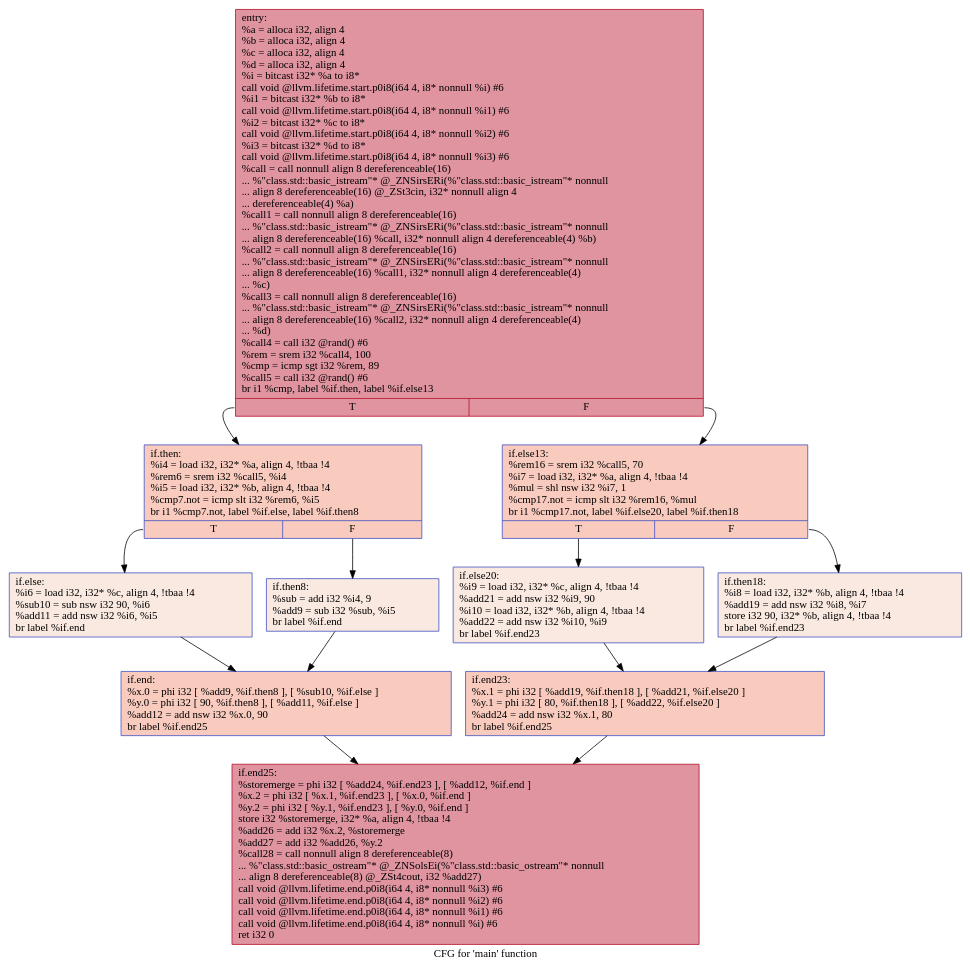
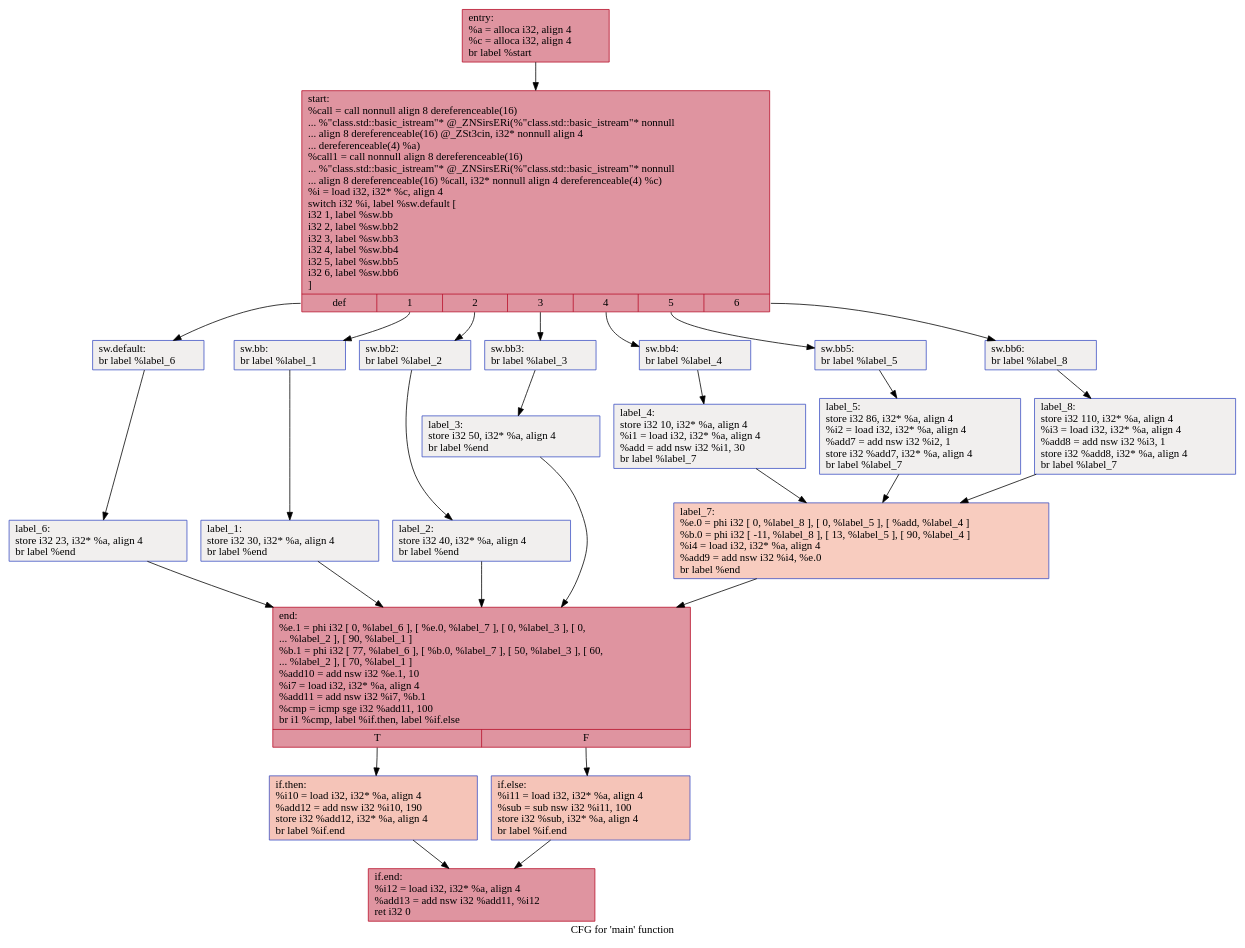
One commit to HPSSA-LLVM/HPSSA-LLVM changed the diagram in IR/cfg/baseline.dot. Above: the diagram before and after it, drawn with Graphviz. The commit also changed 13 other files, not shown here.

```diff
--- a/IR/cfg/baseline.dot
+++ b/IR/cfg/baseline.dot
@@ -1,26 +1,52 @@
 digraph "CFG for 'main' function" {
 	label="CFG for 'main' function";
 
-	Node0x55db42bc3740 [shape=record,color="#b70d28ff", style=filled, fillcolor="#b70d2870",label="{entry:\l  %a = alloca i32, align 4\l  %b = alloca i32, align 4\l  %c = alloca i32, align 4\l  %d = alloca i32, align 4\l  %i = bitcast i32* %a to i8*\l  call void @llvm.lifetime.start.p0i8(i64 4, i8* nonnull %i) #6\l  %i1 = bitcast i32* %b to i8*\l  call void @llvm.lifetime.start.p0i8(i64 4, i8* nonnull %i1) #6\l  %i2 = bitcast i32* %c to i8*\l  call void @llvm.lifetime.start.p0i8(i64 4, i8* nonnull %i2) #6\l  %i3 = bitcast i32* %d to i8*\l  call void @llvm.lifetime.start.p0i8(i64 4, i8* nonnull %i3) #6\l  %call = call nonnull align 8 dereferenceable(16)\l... %\"class.std::basic_istream\"* @_ZNSirsERi(%\"class.std::basic_istream\"* nonnull\l... align 8 dereferenceable(16) @_ZSt3cin, i32* nonnull align 4\l... dereferenceable(4) %a)\l  %call1 = call nonnull align 8 dereferenceable(16)\l... %\"class.std::basic_istream\"* @_ZNSirsERi(%\"class.std::basic_istream\"* nonnull\l... align 8 dereferenceable(16) %call, i32* nonnull align 4 dereferenceable(4) %b)\l  %call2 = call nonnull align 8 dereferenceable(16)\l... %\"class.std::basic_istream\"* @_ZNSirsERi(%\"class.std::basic_istream\"* nonnull\l... align 8 dereferenceable(16) %call1, i32* nonnull align 4 dereferenceable(4)\l... %c)\l  %call3 = call nonnull align 8 dereferenceable(16)\l... %\"class.std::basic_istream\"* @_ZNSirsERi(%\"class.std::basic_istream\"* nonnull\l... align 8 dereferenceable(16) %call2, i32* nonnull align 4 dereferenceable(4)\l... %d)\l  %call4 = call i32 @rand() #6\l  %rem = srem i32 %call4, 100\l  %cmp = icmp sgt i32 %rem, 89\l  %call5 = call i32 @rand() #6\l  br i1 %cmp, label %if.then, label %if.else13\l|{<s0>T|<s1>F}}"];
-	Node0x55db42bc3740:s0 -> Node0x55db42bc4fd0;
-	Node0x55db42bc3740:s1 -> Node0x55db42bc50a0;
-	Node0x55db42bc4fd0 [shape=record,color="#3d50c3ff", style=filled, fillcolor="#ef886b70",label="{if.then:                                          \l  %i4 = load i32, i32* %a, align 4, !tbaa !4\l  %rem6 = srem i32 %call5, %i4\l  %i5 = load i32, i32* %b, align 4, !tbaa !4\l  %cmp7.not = icmp slt i32 %rem6, %i5\l  br i1 %cmp7.not, label %if.else, label %if.then8\l|{<s0>T|<s1>F}}"];
-	Node0x55db42bc4fd0:s0 -> Node0x55db42bc6610;
-	Node0x55db42bc4fd0:s1 -> Node0x55db42bc6680;
-	Node0x55db42bc6680 [shape=record,color="#3d50c3ff", style=filled, fillcolor="#f1ccb870",label="{if.then8:                                         \l  %sub = add i32 %i4, 9\l  %add9 = sub i32 %sub, %i5\l  br label %if.end\l}"];
-	Node0x55db42bc6680 -> Node0x55db42bc6cc0;
-	Node0x55db42bc6610 [shape=record,color="#3d50c3ff", style=filled, fillcolor="#f1ccb870",label="{if.else:                                          \l  %i6 = load i32, i32* %c, align 4, !tbaa !4\l  %sub10 = sub nsw i32 90, %i6\l  %add11 = add nsw i32 %i6, %i5\l  br label %if.end\l}"];
-	Node0x55db42bc6610 -> Node0x55db42bc6cc0;
-	Node0x55db42bc6cc0 [shape=record,color="#3d50c3ff", style=filled, fillcolor="#ef886b70",label="{if.end:                                           \l  %x.0 = phi i32 [ %add9, %if.then8 ], [ %sub10, %if.else ]\l  %y.0 = phi i32 [ 90, %if.then8 ], [ %add11, %if.else ]\l  %add12 = add nsw i32 %x.0, 90\l  br label %if.end25\l}"];
-	Node0x55db42bc6cc0 -> Node0x55db42bc71c0;
-	Node0x55db42bc50a0 [shape=record,color="#3d50c3ff", style=filled, fillcolor="#ef886b70",label="{if.else13:                                        \l  %rem16 = srem i32 %call5, 70\l  %i7 = load i32, i32* %a, align 4, !tbaa !4\l  %mul = shl nsw i32 %i7, 1\l  %cmp17.not = icmp slt i32 %rem16, %mul\l  br i1 %cmp17.not, label %if.else20, label %if.then18\l|{<s0>T|<s1>F}}"];
-	Node0x55db42bc50a0:s0 -> Node0x55db42bc7e00;
-	Node0x55db42bc50a0:s1 -> Node0x55db42bc7e80;
-	Node0x55db42bc7e80 [shape=record,color="#3d50c3ff", style=filled, fillcolor="#f1ccb870",label="{if.then18:                                        \l  %i8 = load i32, i32* %b, align 4, !tbaa !4\l  %add19 = add nsw i32 %i8, %i7\l  store i32 90, i32* %b, align 4, !tbaa !4\l  br label %if.end23\l}"];
-	Node0x55db42bc7e80 -> Node0x55db42bc81e0;
-	Node0x55db42bc7e00 [shape=record,color="#3d50c3ff", style=filled, fillcolor="#f1ccb870",label="{if.else20:                                        \l  %i9 = load i32, i32* %c, align 4, !tbaa !4\l  %add21 = add nsw i32 %i9, 90\l  %i10 = load i32, i32* %b, align 4, !tbaa !4\l  %add22 = add nsw i32 %i10, %i9\l  br label %if.end23\l}"];
-	Node0x55db42bc7e00 -> Node0x55db42bc81e0;
-	Node0x55db42bc81e0 [shape=record,color="#3d50c3ff", style=filled, fillcolor="#ef886b70",label="{if.end23:                                         \l  %x.1 = phi i32 [ %add19, %if.then18 ], [ %add21, %if.else20 ]\l  %y.1 = phi i32 [ 80, %if.then18 ], [ %add22, %if.else20 ]\l  %add24 = add nsw i32 %x.1, 80\l  br label %if.end25\l}"];
-	Node0x55db42bc81e0 -> Node0x55db42bc71c0;
-	Node0x55db42bc71c0 [shape=record,color="#b70d28ff", style=filled, fillcolor="#b70d2870",label="{if.end25:                                         \l  %storemerge = phi i32 [ %add24, %if.end23 ], [ %add12, %if.end ]\l  %x.2 = phi i32 [ %x.1, %if.end23 ], [ %x.0, %if.end ]\l  %y.2 = phi i32 [ %y.1, %if.end23 ], [ %y.0, %if.end ]\l  store i32 %storemerge, i32* %a, align 4, !tbaa !4\l  %add26 = add i32 %x.2, %storemerge\l  %add27 = add i32 %add26, %y.2\l  %call28 = call nonnull align 8 dereferenceable(8)\l... %\"class.std::basic_ostream\"* @_ZNSolsEi(%\"class.std::basic_ostream\"* nonnull\l... align 8 dereferenceable(8) @_ZSt4cout, i32 %add27)\l  call void @llvm.lifetime.end.p0i8(i64 4, i8* nonnull %i3) #6\l  call void @llvm.lifetime.end.p0i8(i64 4, i8* nonnull %i2) #6\l  call void @llvm.lifetime.end.p0i8(i64 4, i8* nonnull %i1) #6\l  call void @llvm.lifetime.end.p0i8(i64 4, i8* nonnull %i) #6\l  ret i32 0\l}"];
+	Node0x55fc3b06a4e0 [shape=record,color="#b70d28ff", style=filled, fillcolor="#b70d2870",label="{entry:\l  %a = alloca i32, align 4\l  %c = alloca i32, align 4\l  br label %start\l}"];
+	Node0x55fc3b06a4e0 -> Node0x55fc3b06a730;
+	Node0x55fc3b06a730 [shape=record,color="#b70d28ff", style=filled, fillcolor="#b70d2870",label="{start:                                            \l  %call = call nonnull align 8 dereferenceable(16)\l... %\"class.std::basic_istream\"* @_ZNSirsERi(%\"class.std::basic_istream\"* nonnull\l... align 8 dereferenceable(16) @_ZSt3cin, i32* nonnull align 4\l... dereferenceable(4) %a)\l  %call1 = call nonnull align 8 dereferenceable(16)\l... %\"class.std::basic_istream\"* @_ZNSirsERi(%\"class.std::basic_istream\"* nonnull\l... align 8 dereferenceable(16) %call, i32* nonnull align 4 dereferenceable(4) %c)\l  %i = load i32, i32* %c, align 4\l  switch i32 %i, label %sw.default [\l    i32 1, label %sw.bb\l    i32 2, label %sw.bb2\l    i32 3, label %sw.bb3\l    i32 4, label %sw.bb4\l    i32 5, label %sw.bb5\l    i32 6, label %sw.bb6\l  ]\l|{<s0>def|<s1>1|<s2>2|<s3>3|<s4>4|<s5>5|<s6>6}}"];
+	Node0x55fc3b06a730:s0 -> Node0x55fc3b06abc0;
+	Node0x55fc3b06a730:s1 -> Node0x55fc3b06aca0;
+	Node0x55fc3b06a730:s2 -> Node0x55fc3b06ada0;
+	Node0x55fc3b06a730:s3 -> Node0x55fc3b06aea0;
+	Node0x55fc3b06a730:s4 -> Node0x55fc3b06afa0;
+	Node0x55fc3b06a730:s5 -> Node0x55fc3b06b0a0;
+	Node0x55fc3b06a730:s6 -> Node0x55fc3b06b340;
+	Node0x55fc3b06aca0 [shape=record,color="#3d50c3ff", style=filled, fillcolor="#e0dbd870",label="{sw.bb:                                            \l  br label %label_1\l}"];
+	Node0x55fc3b06aca0 -> Node0x55fc3b06b630;
+	Node0x55fc3b06ada0 [shape=record,color="#3d50c3ff", style=filled, fillcolor="#e0dbd870",label="{sw.bb2:                                           \l  br label %label_2\l}"];
+	Node0x55fc3b06ada0 -> Node0x55fc3b06b710;
+	Node0x55fc3b06aea0 [shape=record,color="#3d50c3ff", style=filled, fillcolor="#e0dbd870",label="{sw.bb3:                                           \l  br label %label_3\l}"];
+	Node0x55fc3b06aea0 -> Node0x55fc3b06b7f0;
+	Node0x55fc3b06afa0 [shape=record,color="#3d50c3ff", style=filled, fillcolor="#e0dbd870",label="{sw.bb4:                                           \l  br label %label_4\l}"];
+	Node0x55fc3b06afa0 -> Node0x55fc3b06b8d0;
+	Node0x55fc3b06b0a0 [shape=record,color="#3d50c3ff", style=filled, fillcolor="#e0dbd870",label="{sw.bb5:                                           \l  br label %label_5\l}"];
+	Node0x55fc3b06b0a0 -> Node0x55fc3b06b9b0;
+	Node0x55fc3b06b340 [shape=record,color="#3d50c3ff", style=filled, fillcolor="#e0dbd870",label="{sw.bb6:                                           \l  br label %label_8\l}"];
+	Node0x55fc3b06b340 -> Node0x55fc3b06ba90;
+	Node0x55fc3b06abc0 [shape=record,color="#3d50c3ff", style=filled, fillcolor="#e0dbd870",label="{sw.default:                                       \l  br label %label_6\l}"];
+	Node0x55fc3b06abc0 -> Node0x55fc3b06bb70;
+	Node0x55fc3b06b630 [shape=record,color="#3d50c3ff", style=filled, fillcolor="#e0dbd870",label="{label_1:                                          \l  store i32 30, i32* %a, align 4\l  br label %end\l}"];
+	Node0x55fc3b06b630 -> Node0x55fc3b06bd10;
+	Node0x55fc3b06b710 [shape=record,color="#3d50c3ff", style=filled, fillcolor="#e0dbd870",label="{label_2:                                          \l  store i32 40, i32* %a, align 4\l  br label %end\l}"];
+	Node0x55fc3b06b710 -> Node0x55fc3b06bd10;
+	Node0x55fc3b06b7f0 [shape=record,color="#3d50c3ff", style=filled, fillcolor="#e0dbd870",label="{label_3:                                          \l  store i32 50, i32* %a, align 4\l  br label %end\l}"];
+	Node0x55fc3b06b7f0 -> Node0x55fc3b06bd10;
+	Node0x55fc3b06b8d0 [shape=record,color="#3d50c3ff", style=filled, fillcolor="#e0dbd870",label="{label_4:                                          \l  store i32 10, i32* %a, align 4\l  %i1 = load i32, i32* %a, align 4\l  %add = add nsw i32 %i1, 30\l  br label %label_7\l}"];
+	Node0x55fc3b06b8d0 -> Node0x55fc3b06c250;
+	Node0x55fc3b06b9b0 [shape=record,color="#3d50c3ff", style=filled, fillcolor="#e0dbd870",label="{label_5:                                          \l  store i32 86, i32* %a, align 4\l  %i2 = load i32, i32* %a, align 4\l  %add7 = add nsw i32 %i2, 1\l  store i32 %add7, i32* %a, align 4\l  br label %label_7\l}"];
+	Node0x55fc3b06b9b0 -> Node0x55fc3b06c250;
+	Node0x55fc3b06ba90 [shape=record,color="#3d50c3ff", style=filled, fillcolor="#e0dbd870",label="{label_8:                                          \l  store i32 110, i32* %a, align 4\l  %i3 = load i32, i32* %a, align 4\l  %add8 = add nsw i32 %i3, 1\l  store i32 %add8, i32* %a, align 4\l  br label %label_7\l}"];
+	Node0x55fc3b06ba90 -> Node0x55fc3b06c250;
+	Node0x55fc3b06c250 [shape=record,color="#3d50c3ff", style=filled, fillcolor="#f08b6e70",label="{label_7:                                          \l  %e.0 = phi i32 [ 0, %label_8 ], [ 0, %label_5 ], [ %add, %label_4 ]\l  %b.0 = phi i32 [ -11, %label_8 ], [ 13, %label_5 ], [ 90, %label_4 ]\l  %i4 = load i32, i32* %a, align 4\l  %add9 = add nsw i32 %i4, %e.0\l  br label %end\l}"];
+	Node0x55fc3b06c250 -> Node0x55fc3b06bd10;
+	Node0x55fc3b06bb70 [shape=record,color="#3d50c3ff", style=filled, fillcolor="#e0dbd870",label="{label_6:                                          \l  store i32 23, i32* %a, align 4\l  br label %end\l}"];
+	Node0x55fc3b06bb70 -> Node0x55fc3b06bd10;
+	Node0x55fc3b06bd10 [shape=record,color="#b70d28ff", style=filled, fillcolor="#b70d2870",label="{end:                                              \l  %e.1 = phi i32 [ 0, %label_6 ], [ %e.0, %label_7 ], [ 0, %label_3 ], [ 0,\l... %label_2 ], [ 90, %label_1 ]\l  %b.1 = phi i32 [ 77, %label_6 ], [ %b.0, %label_7 ], [ 50, %label_3 ], [ 60,\l... %label_2 ], [ 70, %label_1 ]\l  %add10 = add nsw i32 %e.1, 10\l  %i7 = load i32, i32* %a, align 4\l  %add11 = add nsw i32 %i7, %b.1\l  %cmp = icmp sge i32 %add11, 100\l  br i1 %cmp, label %if.then, label %if.else\l|{<s0>T|<s1>F}}"];
+	Node0x55fc3b06bd10:s0 -> Node0x55fc3b06df90;
+	Node0x55fc3b06bd10:s1 -> Node0x55fc3b06e000;
+	Node0x55fc3b06df90 [shape=record,color="#3d50c3ff", style=filled, fillcolor="#e97a5f70",label="{if.then:                                          \l  %i10 = load i32, i32* %a, align 4\l  %add12 = add nsw i32 %i10, 190\l  store i32 %add12, i32* %a, align 4\l  br label %if.end\l}"];
+	Node0x55fc3b06df90 -> Node0x55fc3b06e320;
+	Node0x55fc3b06e000 [shape=record,color="#3d50c3ff", style=filled, fillcolor="#e97a5f70",label="{if.else:                                          \l  %i11 = load i32, i32* %a, align 4\l  %sub = sub nsw i32 %i11, 100\l  store i32 %sub, i32* %a, align 4\l  br label %if.end\l}"];
+	Node0x55fc3b06e000 -> Node0x55fc3b06e320;
+	Node0x55fc3b06e320 [shape=record,color="#b70d28ff", style=filled, fillcolor="#b70d2870",label="{if.end:                                           \l  %i12 = load i32, i32* %a, align 4\l  %add13 = add nsw i32 %add11, %i12\l  ret i32 0\l}"];
 }
```
